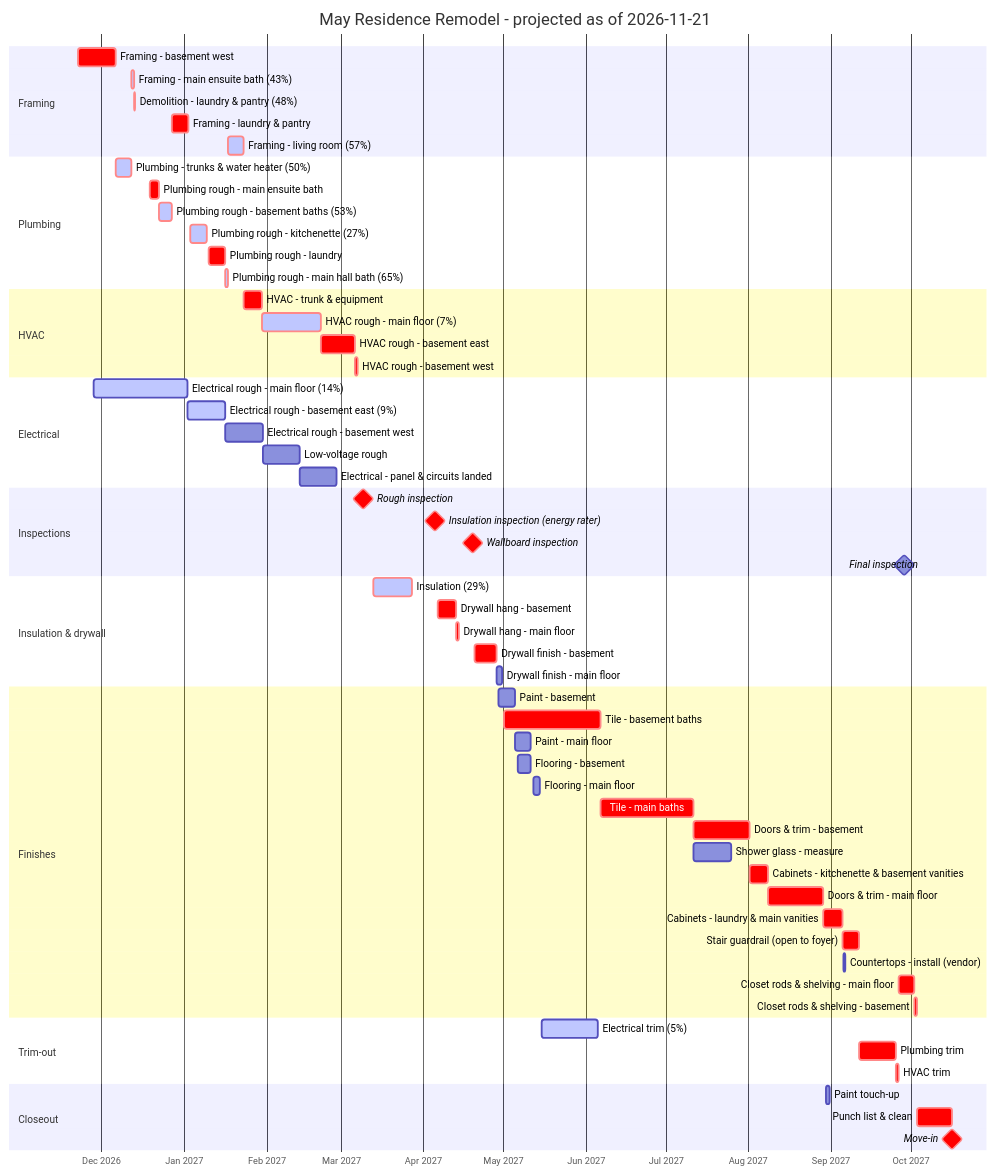
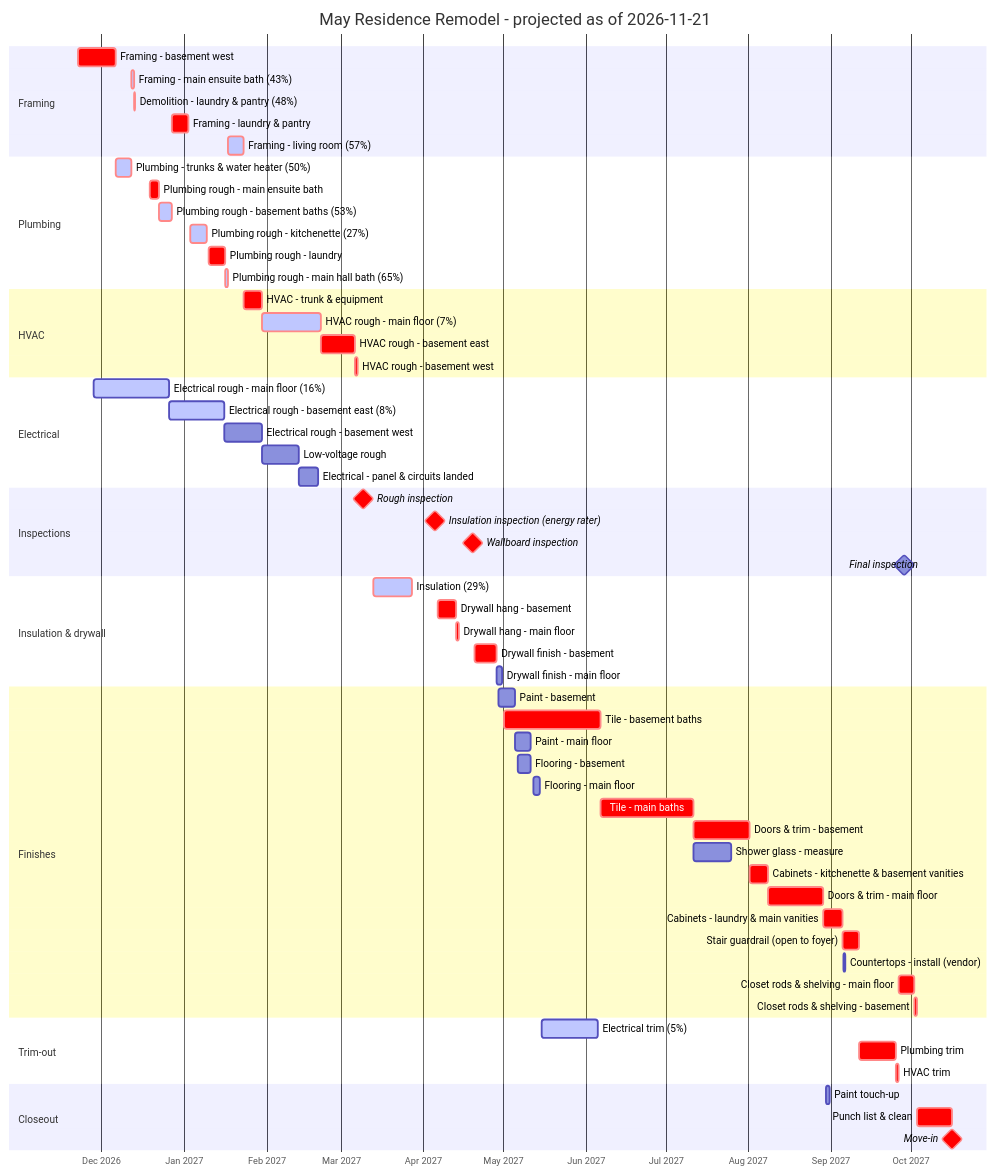
One commit to jsharkey/billings changed the diagram in SCHEDULE.md. Above: the diagram before and after it, drawn with Mermaid. The commit also changed other lines of this file and 3 other files, not shown here.

First line of the commit message:
Electrical rough: attic access for cans, flat home runs per room

````diff
--- a/SCHEDULE.md
+++ b/SCHEDULE.md
@@ -17,67 +17,67 @@
 ```mermaid
 gantt
     title May Residence Remodel - projected as of 2026-11-21
     dateFormat YYYY-MM-DD HH:mm
     axisFormat %b %Y
     tickInterval 1month
     todayMarker off
     section Framing
     Framing - basement west :crit, fram_bsmt_west, 2026-11-22 08:00, 2026-12-06 08:24
     Framing - main ensuite bath (43%) :active, crit, fram_main_s_bath, 2026-12-12 12:24, 2026-12-13 10:48
     Demolition - laundry & pantry (48%) :active, crit, demo_main_laundry, 2026-12-13 10:48, 2026-12-13 16:00
     Framing - laundry & pantry :crit, fram_main_laundry, 2026-12-27 10:00, 2027-01-02 16:00
     Framing - living room (57%) :active, crit, fram_main_living, 2027-01-17 13:00, 2027-01-23 12:12
     section Plumbing
     Plumbing - trunks & water heater (50%) :active, crit, plum_house, 2026-12-06 08:24, 2026-12-12 12:24
     Plumbing rough - main ensuite bath :crit, plum_main_s_bath, 2026-12-19 08:00, 2026-12-22 14:00
     Plumbing rough - basement baths (53%) :active, crit, plum_bsmt_baths, 2026-12-22 14:00, 2026-12-27 10:00
     Plumbing rough - kitchenette (27%) :active, crit, plum_bsmt_kitchenette, 2027-01-03 08:00, 2027-01-09 16:00
     Plumbing rough - laundry :crit, plum_main_laundry, 2027-01-10 08:00, 2027-01-16 12:00
     Plumbing rough - main hall bath (65%) :active, crit, plum_main_n_bath, 2027-01-16 12:00, 2027-01-17 13:00
     section HVAC
     HVAC - trunk & equipment :crit, hvac_house, 2027-01-23 12:12, 2027-01-30 12:12
     HVAC rough - main floor (7%) :active, crit, hvac_main, 2027-01-30 12:12, 2027-02-21 12:12
     HVAC rough - basement east :crit, hvac_bsmt_east, 2027-02-21 12:12, 2027-03-06 12:12
     HVAC rough - basement west :crit, hvac_bsmt_west, 2027-03-06 12:12, 2027-03-07 12:12
     section Electrical
-    Electrical rough - main floor (14%) :active, elec_main, 2026-11-28 08:00, 2027-01-02 08:34
-    Electrical rough - basement east (9%) :active, elec_bsmt_east, 2027-01-02 08:34, 2027-01-16 13:22
-    Electrical rough - basement west :elec_bsmt_west, 2027-01-16 13:22, 2027-01-30 15:46
-    Low-voltage rough :lowv_all, 2027-01-30 15:46, 2027-02-13 15:46
-    Electrical - panel & circuits landed :elec_panel, 2027-02-13 15:46, 2027-02-27 11:46
+    Electrical rough - main floor (16%) :active, elec_main, 2026-11-28 08:00, 2026-12-26 10:17
+    Electrical rough - basement east (8%) :active, elec_bsmt_east, 2026-12-26 10:17, 2027-01-16 08:07
+    Electrical rough - basement west :elec_bsmt_west, 2027-01-16 08:07, 2027-01-30 10:02
+    Low-voltage rough :lowv_all, 2027-01-30 10:02, 2027-02-13 10:02
+    Electrical - panel & circuits landed :elec_panel, 2027-02-13 10:02, 2027-02-20 14:02
     section Inspections
     Rough inspection :milestone, crit, insp_rough, 2027-03-09 12:00, 0d
     Insulation inspection (energy rater) :milestone, crit, insp_insl, 2027-04-05 12:00, 0d
     Wallboard inspection :milestone, crit, insp_board, 2027-04-19 12:00, 0d
     Final inspection :milestone, insp_final, 2027-09-28 12:00, 0d
     section Insulation & drywall
     Insulation (29%) :active, crit, insl_all, 2027-03-13 08:00, 2027-03-27 16:00
     Drywall hang - basement :crit, dryw_hang_bsmt, 2027-04-06 08:00, 2027-04-13 08:29
     Drywall hang - main floor :crit, dryw_hang_main, 2027-04-13 08:29, 2027-04-14 11:53
     Drywall finish - basement :crit, dryw_fin_bsmt, 2027-04-20 08:00, 2027-04-28 09:26
     Drywall finish - main floor :dryw_fin_main, 2027-04-28 09:26, 2027-04-30 15:02
     section Finishes
     Paint - basement :pant_bsmt, 2027-04-29 08:00, 2027-05-05 12:00
     Tile - basement baths :crit, tile_bsmt_baths, 2027-05-01 08:00, 2027-06-06 12:00
     Paint - main floor :pant_main, 2027-05-05 12:00, 2027-05-11 11:19
     Flooring - basement :flor_bsmt, 2027-05-06 08:00, 2027-05-11 12:10
     Flooring - main floor :flor_main, 2027-05-12 08:00, 2027-05-14 15:22
     Tile - main baths :crit, tile_main_baths, 2027-06-06 12:00, 2027-07-11 10:00
     Doors & trim - basement :crit, trim_bsmt, 2027-07-11 10:00, 2027-08-01 11:26
     Shower glass - measure :glas_showers, 2027-07-11 16:00, 2027-07-25 16:00
     Cabinets - kitchenette & basement vanities :crit, cabs_bsmt, 2027-08-01 11:26, 2027-08-08 15:26
     Doors & trim - main floor :crit, trim_main, 2027-08-08 15:26, 2027-08-29 09:12
     Cabinets - laundry & main vanities :crit, cabs_main, 2027-08-29 09:12, 2027-09-05 09:12
     Stair guardrail (open to foyer) :crit, rail_stair, 2027-09-05 09:12, 2027-09-11 13:12
     Countertops - install (vendor) :ctop_install, 2027-09-05 16:00, 2027-09-06 16:00
     Closet rods & shelving - main floor :crit, clos_main, 2027-09-26 10:11, 2027-10-02 14:11
     Closet rods & shelving - basement :crit, clos_bsmt, 2027-10-02 14:11, 2027-10-03 14:11
     section Trim-out
     Electrical trim (5%) :active, elec_trim, 2027-05-15 08:00, 2027-06-05 13:46
     Plumbing trim :crit, plum_trim, 2027-09-11 13:12, 2027-09-25 09:12
     HVAC trim :crit, hvac_trim, 2027-09-25 09:12, 2027-09-26 10:11
     section Closeout
     Paint touch-up :pant_touchup, 2027-08-30 08:00, 2027-08-31 16:00
     Punch list & clean :crit, punch_clean, 2027-10-03 14:11, 2027-10-16 14:11
     Move-in :milestone, crit, mile_movein, 2027-10-16 14:11, 0d
 ```
````
